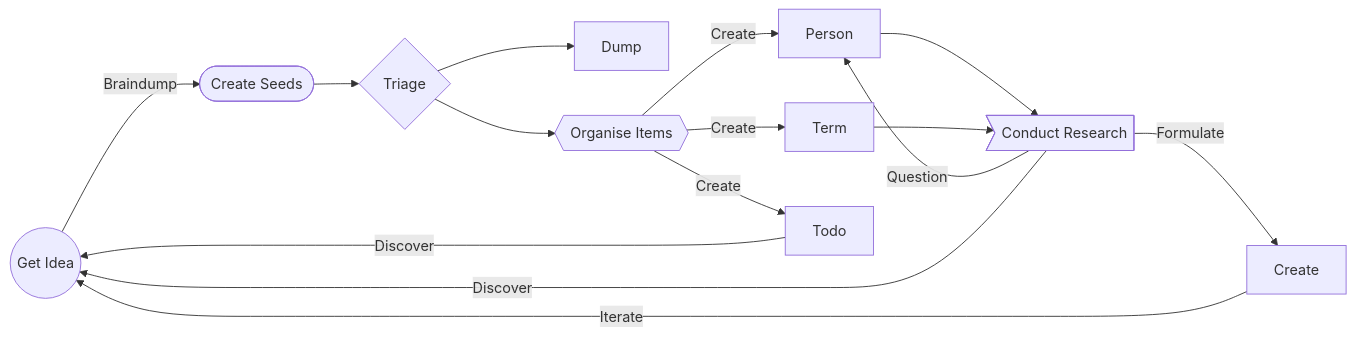
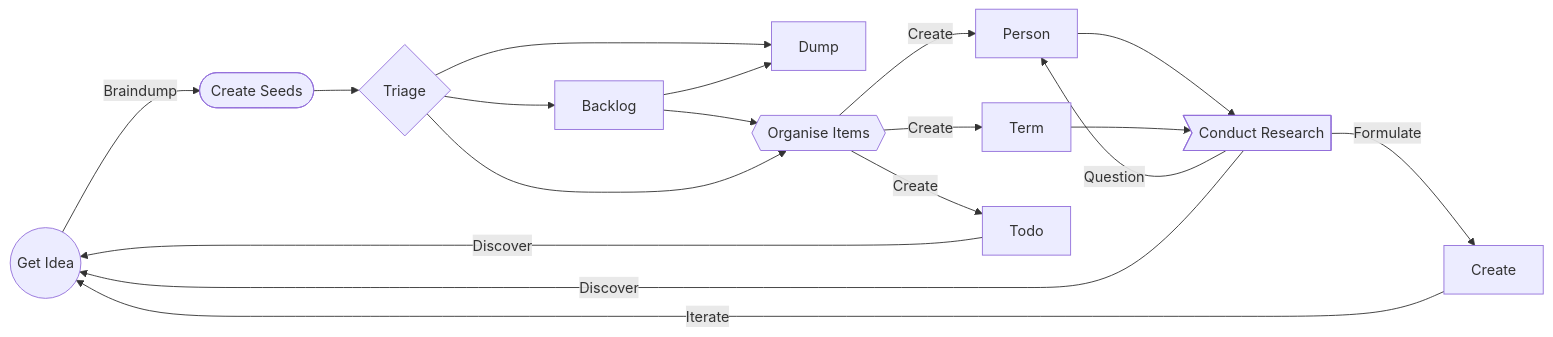
The diagram in README.md (tanepiper/obsidian-garden), drawn with Mermaid before and after one commit. The commit also changed other lines of this file and 12 other files, not shown here.

````diff
--- a/README.md
+++ b/README.md
@@ -28,17 +30,20 @@
 ```mermaid
 graph LR
 	Idea((Get Idea)) -- Braindump --> Notes([Create Seeds])
 	Notes --> Triage{Triage}
 	Triage --> Dump
+	Triage --> Backlog
+	Backlog --> Dump
+	Backlog --> Organise
 	Triage --> Organise{{Organise Items}}
 	Organise -- Create --> Person
 	Person --> Research>Conduct Research]
 	Organise -- Create --> Term
 	Term --> Research
 	Organise -- Create --> Todo
 	Todo -- Discover --> Idea
 	Research -- Question --> Person
 	Research -- Discover --> Idea
 	Research -- Formulate --> Create
 	Create -- Iterate --> Idea
 ```
````
